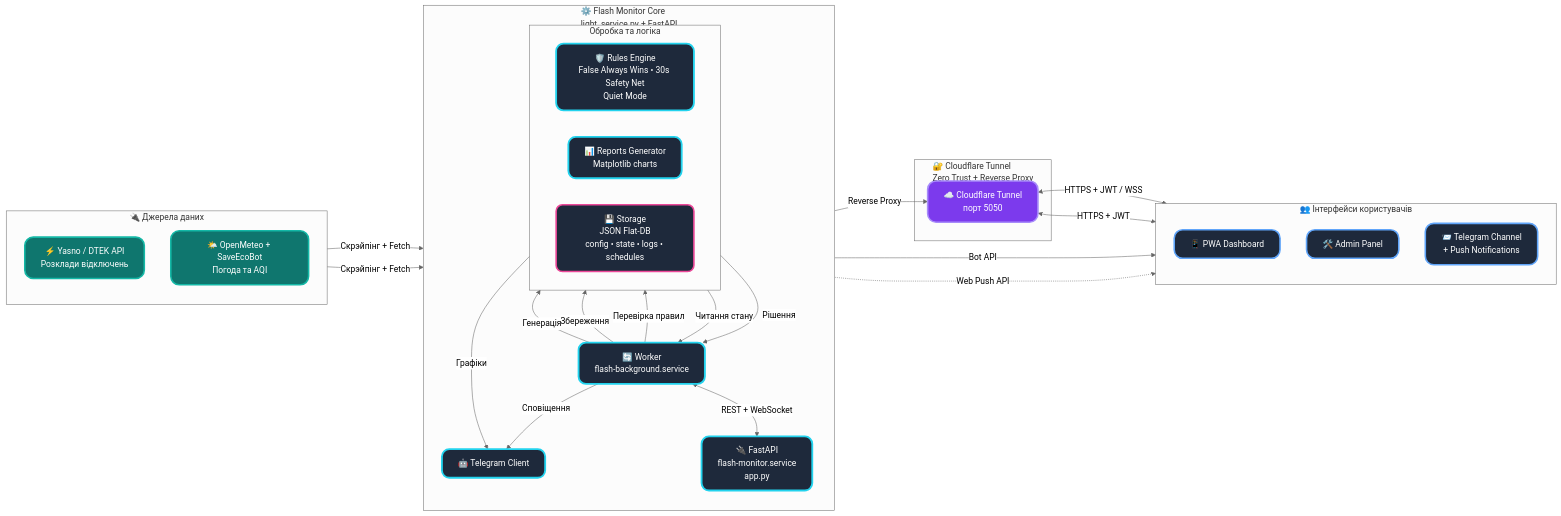
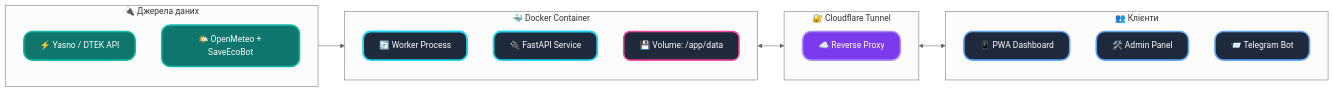
The diagram in README.md (weby-homelab/flash-monitor-kyiv), drawn with Mermaid (neutral theme) before and after one commit. The commit also changed other lines of this file and 1 other file, not shown here.

Commit message:
docs: update main branch READMEs for Docker Edition

````diff
--- a/README.md
+++ b/README.md
@@ -92,78 +85,36 @@
 ```mermaid
 flowchart LR
-    %% ================================================
-    %% НОВА КОНЦЕПЦІЯ 2026 для README.md
-    %% "End-to-End Pipeline" — динамічний потік даних
-    %% Замість шарів — горизонтальний pipeline з чітким напрямком руху
-    %% Ідеально виглядає в GitHub (темна/світла тема), чистий, сучасний, легко читається
-    %% ================================================
-
     classDef external fill:#0f766e,stroke:#14b8a6,stroke-width:3px,color:#fff,rx:16px,ry:16px
     classDef core fill:#1e293b,stroke:#22d3ee,stroke-width:3.5px,color:#fff,rx:14px,ry:14px
     classDef gateway fill:#7c3aed,stroke:#a78bfa,stroke-width:3px,color:#fff,rx:16px,ry:16px
     classDef client fill:#1e293b,stroke:#60a5fa,stroke-width:3px,color:#fff,rx:16px,ry:16px
     classDef db fill:#1e293b,stroke:#ec4899,stroke-width:3px,color:#fff,rx:12px,ry:12px
 
-    %% ====================== ЛІВА ЧАСТИНА: ДЖЕРЕЛА ДАНИХ ======================
     subgraph External ["🔌 Джерела даних"]
         direction TB
-        Energy["⚡ Yasno / DTEK API<br>Розклади відключень"]:::external
-        Meteo["🌤️ OpenMeteo + SaveEcoBot<br>Погода та AQI"]:::external
+        Energy["⚡ Yasno / DTEK API"]:::external
+        Meteo["🌤️ OpenMeteo + SaveEcoBot"]:::external
     end
 
-    %% ====================== ЦЕНТР: CORE PIPELINE ======================
-    subgraph Core ["⚙️ Flash Monitor Core<br>light_service.py + FastAPI"]
+    subgraph Docker ["🐳 Docker Container"]
         direction TB
-
-        Worker["🔄 Worker<br>flash-background.service"]:::core
-
-        subgraph Processing ["Обробка та логіка"]
-            direction LR
-            Rules["🛡️ Rules Engine<br>False Always Wins • 30s Safety Net<br>Quiet Mode"]:::core
-            Reports["📊 Reports Generator<br>Matplotlib charts"]:::core
-            Storage["💾 Storage<br>JSON Flat-DB<br>config • state • logs • schedules"]:::db
-        end
-
-        API["🔌 FastAPI<br>flash-monitor.service<br>app.py"]:::core
-        TgClient["🤖 Telegram Client"]:::core
+        Worker["🔄 Worker Process"]:::core
+        API["🔌 FastAPI Service"]:::core
+        Storage["💾 Volume: /app/data"]:::db
     end
 
-    %% ====================== ШЛЮЗ ======================
-    subgraph Gateway ["🔐 Cloudflare Tunnel<br>Zero Trust + Reverse Proxy"]
-        CF["☁️ Cloudflare Tunnel<br>порт 5050"]:::gateway
+    subgraph Gateway ["🔐 Cloudflare Tunnel"]
+        CF["☁️ Reverse Proxy"]:::gateway
     end
 
-    %% ====================== ПРАВА ЧАСТИНА: КЛІЄНТИ ======================
-    subgraph Clients ["👥 Інтерфейси користувачів"]
+    subgraph Clients ["👥 Клієнти"]
         direction TB
         PWA["📱 PWA Dashboard"]:::client
         Admin["🛠️ Admin Panel"]:::client
-        Telegram["📨 Telegram Channel<br>+ Push Notifications"]:::client
+        Telegram["📨 Telegram Bot"]:::client
     end
 
-    %% ====================== ПОТІК ДАНИХ (головна магістраль) ======================
-    Energy & Meteo -->|Скрэйпінг + Fetch| Worker
-
-    Worker -->|Перевірка правил| Rules
-    Rules -->|Рішення| Worker
-
-    Worker -->|Збереження| Storage
-    Storage -->|Читання стану| Worker
-
-    Worker -->|Генерація| Reports
-    Worker -->|Сповіщення| TgClient
-    Reports -->|Графіки| TgClient
-
-    Worker <-->|REST + WebSocket| API
-
-    API -->|Reverse Proxy| CF
-    CF <-->|HTTPS + JWT / WSS| PWA
-    CF <-->|HTTPS + JWT| Admin
-    TgClient -->|Bot API| Telegram
-
-    %% Додаткові push-сповіщення
-    API -.->|Web Push API| PWA
-
-    %% ====================== Стиль для заголовків підграфів ======================
-    classDef subgraphTitle fill:#0f172a,stroke:none,color:#64748b,font-size:15px
+    External --> Docker
+    Docker <--> Gateway
+    Gateway <--> Clients
 ```
````
